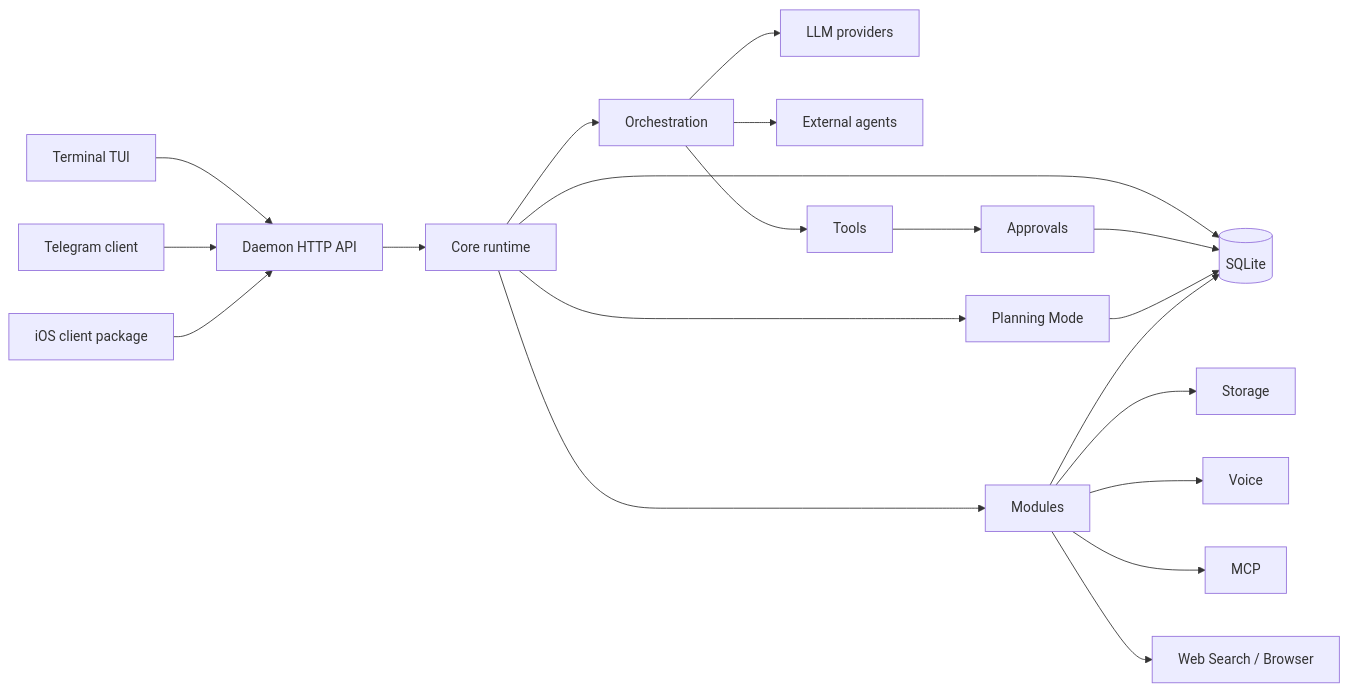
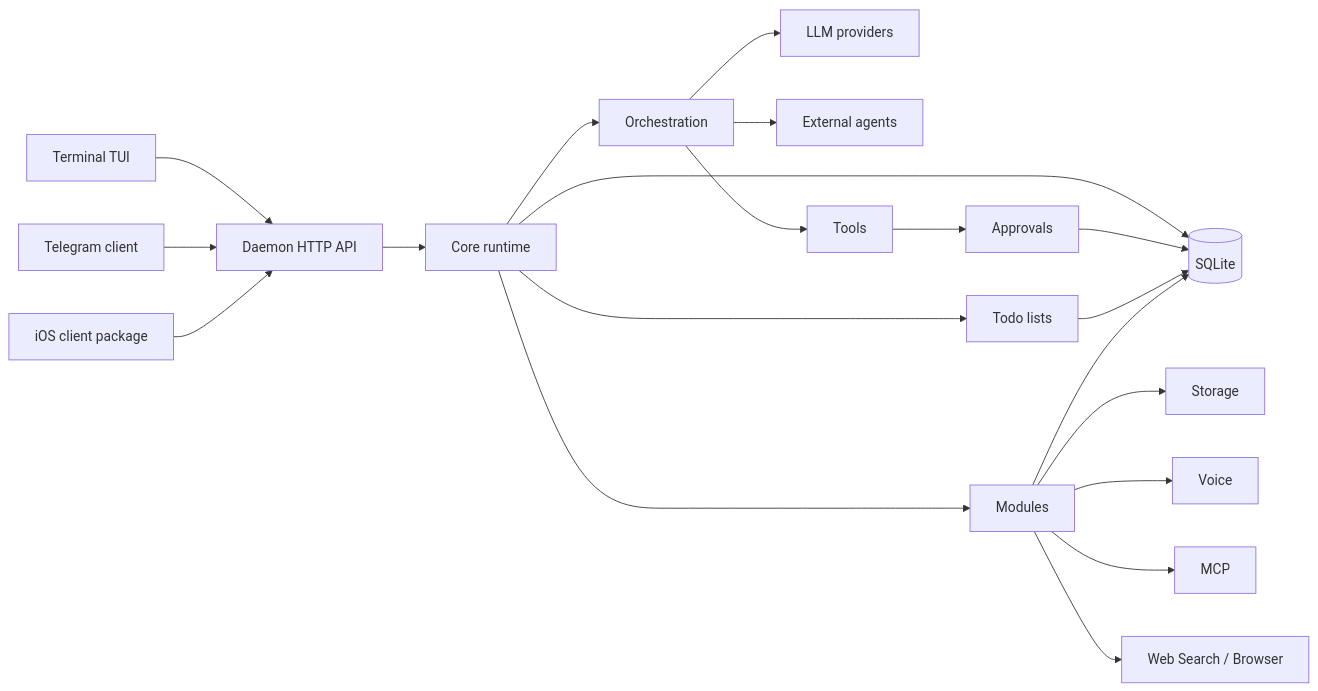
The diagram in docs/ARCHITECTURE.md (Suren878/matrixclaw), drawn with Mermaid before and after one commit. The commit also changed other lines of this file and 5 other files, not shown here.

Commit message:
docs: the todo list replaces Planning Mode

````diff
--- a/docs/ARCHITECTURE.md
+++ b/docs/ARCHITECTURE.md
@@ -6,22 +6,22 @@
 ```mermaid
 flowchart LR
     TUI[Terminal TUI] --> API[Daemon HTTP API]
     TG[Telegram client] --> API
     IOS[iOS client package] --> API
     API --> CORE[Core runtime]
     CORE --> STORE[(SQLite)]
     CORE --> ORCH[Orchestration]
     ORCH --> PROVIDERS[LLM providers]
     ORCH --> AGENTS[External agents]
     ORCH --> TOOLS[Tools]
     TOOLS --> APPROVALS[Approvals]
     CORE --> MODULES[Modules]
-    CORE --> PLAN[Planning Mode]
+    CORE --> TODO[Todo lists]
     MODULES --> STORAGE[Storage]
     MODULES --> VOICE[Voice]
     MODULES --> MCP[MCP]
     MODULES --> WEB[Web Search / Browser]
     APPROVALS --> STORE
-    PLAN --> STORE
+    TODO --> STORE
     MODULES --> STORE
 ```
````
